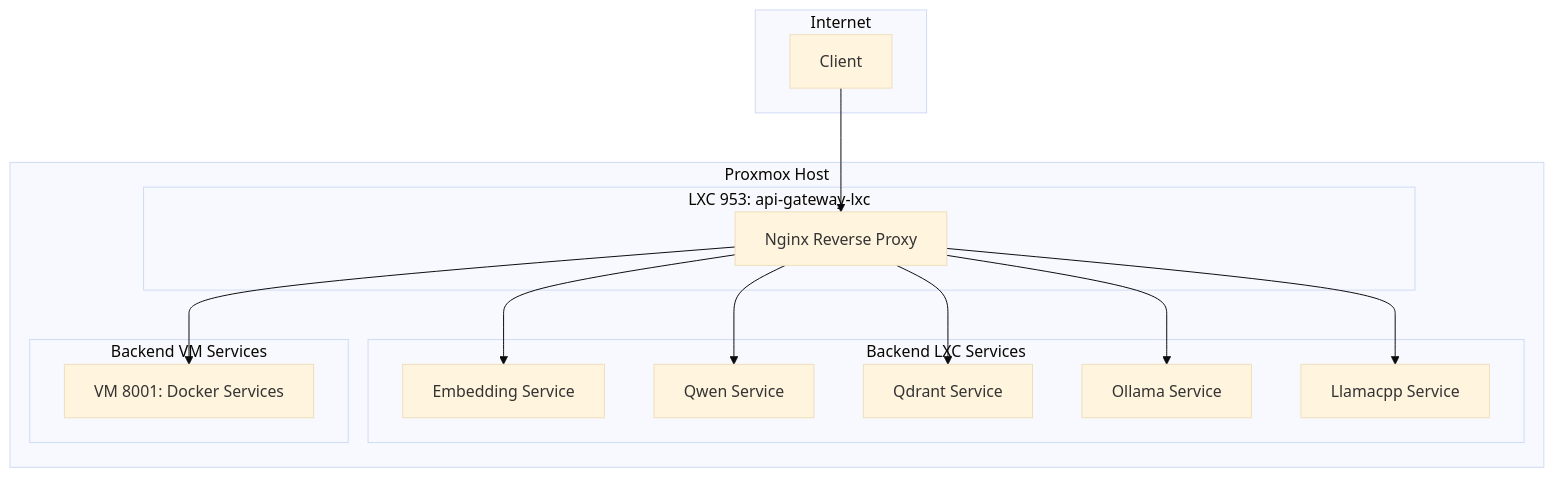
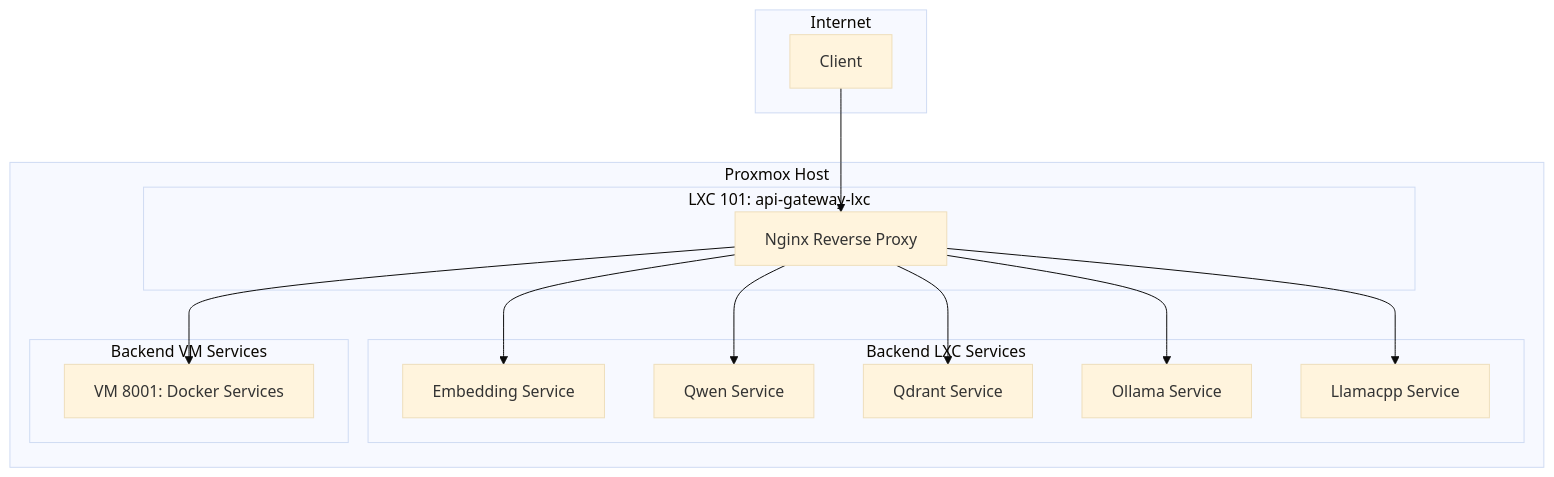
One commit to SirHeads/Testing-ideas changed the fifth of 5 diagrams in Thinkheads.AI_docs/02_technical_strategy_and_architecture/26_phoenix_hypervisor_unified_architecture_guide.md. Above: the diagram before and after it, drawn with Mermaid (base theme). The commit also changed other lines of this file and 6 other files, not shown here.

````diff
--- a/Thinkheads.AI_docs/02_technical_strategy_and_architecture/26_phoenix_hypervisor_unified_architecture_guide.md
+++ b/Thinkheads.AI_docs/02_technical_strategy_and_architecture/26_phoenix_hypervisor_unified_architecture_guide.md
@@ -268,32 +268,32 @@
 ```mermaid
 graph TD
     subgraph "Internet"
         A[Client]
     end
 
     subgraph "Proxmox Host"
-        subgraph "LXC 953: api-gateway-lxc"
+        subgraph "LXC 101: api-gateway-lxc"
             B[Nginx Reverse Proxy]
         end
 
         subgraph "Backend LXC Services"
             C[Embedding Service]
             D[Qwen Service]
             E[Qdrant Service]
             H[Ollama Service]
             I[Llamacpp Service]
         end
 
         subgraph "Backend VM Services"
             VM[VM 8001: Docker Services]
         end
     end
 
     A --> B
     B --> C
     B --> D
     B --> E
     B --> H
     B --> I
     B --> VM
 ```
````
